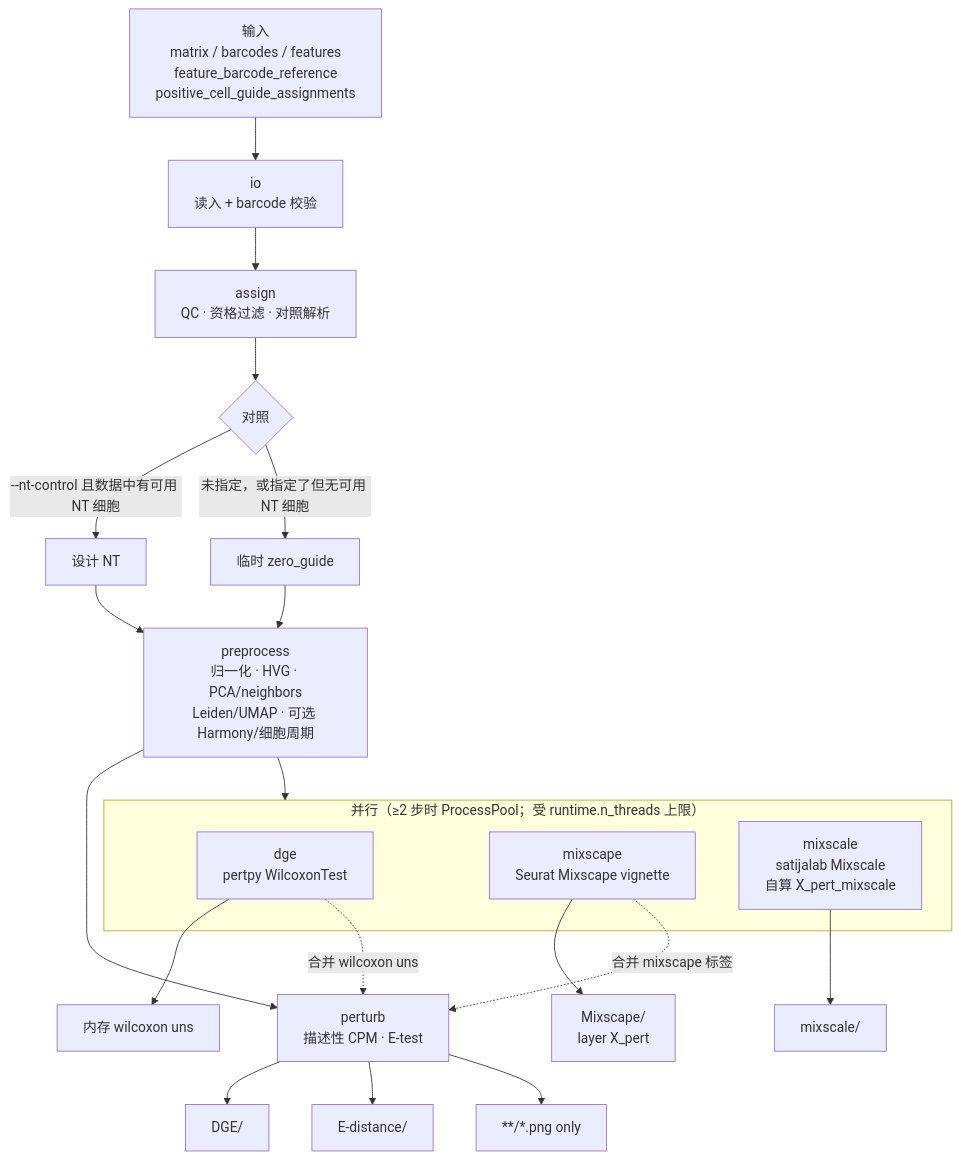
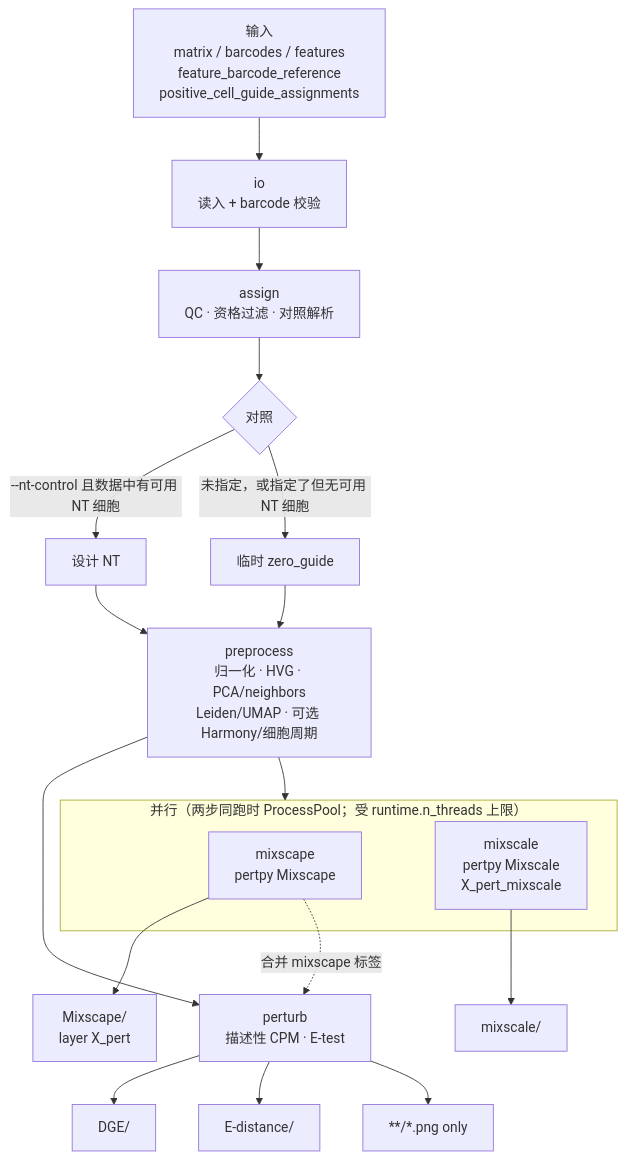
The diagram in docs/analysis.md (bio-apple/Perturb-seq), drawn with Mermaid before and after one commit. The commit also changed other lines of this file and 102 other files, not shown here.

````diff
--- a/docs/analysis.md
+++ b/docs/analysis.md
@@ -39,31 +38,28 @@
 ```mermaid
 flowchart TD
   IN["输入<br/>matrix / barcodes / features<br/>feature_barcode_reference<br/>positive_cell_guide_assignments"] --> IO
 
   IO["io<br/>读入 + barcode 校验"] --> ASG
 
   ASG["assign<br/>QC · 资格过滤 · 对照解析"] --> CTRL{"对照"}
   CTRL -->|"--nt-control 且数据中有可用 NT 细胞"| NT["设计 NT"]
   CTRL -->|"未指定，或指定了但无可用 NT 细胞"| ZG["临时 zero_guide"]
   NT --> PRE
   ZG --> PRE
 
   PRE["preprocess<br/>归一化 · HVG · PCA/neighbors<br/>Leiden/UMAP · 可选 Harmony/细胞周期"] --> PAR
 
-  subgraph PAR["并行（≥2 步时 ProcessPool；受 runtime.n_threads 上限）"]
-    DGE["dge<br/>pertpy WilcoxonTest"]
-    MX["mixscape<br/>Seurat Mixscape vignette"]
-    MS["mixscale<br/>satijalab Mixscale<br/>自算 X_pert_mixscale"]
+  subgraph PAR["并行（两步同跑时 ProcessPool；受 runtime.n_threads 上限）"]
+    MX["mixscape<br/>pertpy Mixscape"]
+    MS["mixscale<br/>pertpy Mixscale<br/>X_pert_mixscale"]
   end
 
-  DGE --> OUT_W["内存 wilcoxon uns"]
   MX --> OUT_MX["Mixscape/<br/>layer X_pert"]
   MS --> OUT_MS["mixscale/"]
 
   PRE --> PT
   MX -.->|"合并 mixscape 标签"| PT
-  DGE -.->|"合并 wilcoxon uns"| PT
   PT["perturb<br/>描述性 CPM · E-test"] --> OUT_DGE["DGE/"]
   PT --> OUT_ED["E-distance/"]
   PT --> OUT["**/*.png only"]
 ```
````
